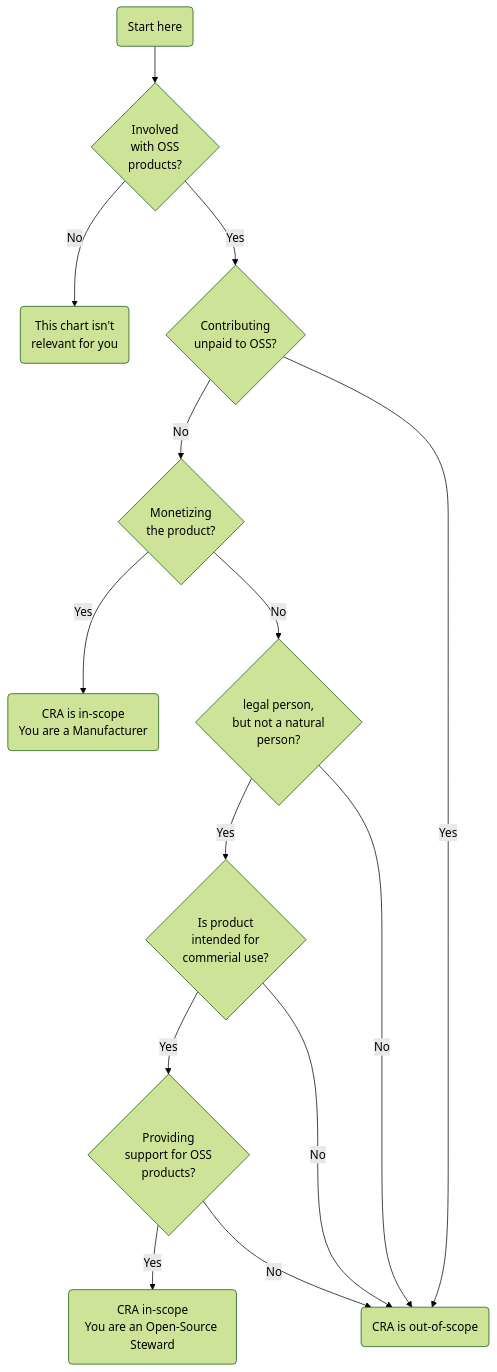
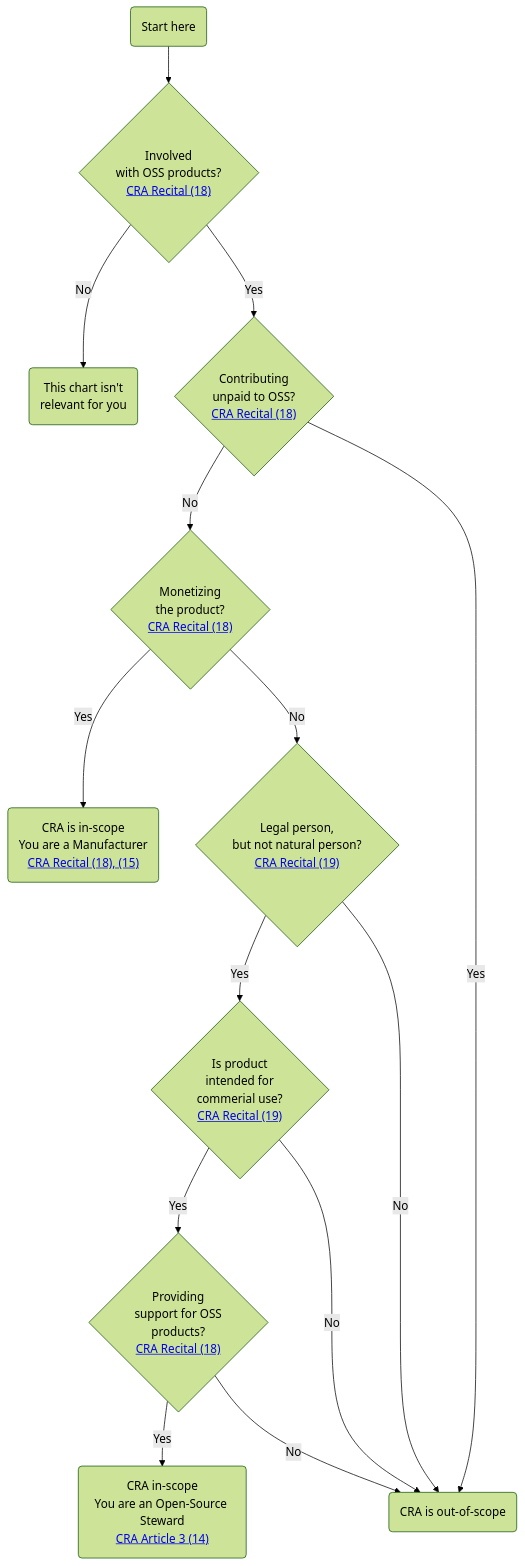
The third of 3 diagrams in docs/supplychain-sbom.md (CPAN-Security/security.metacpan.org), drawn with Mermaid (forest theme) before and after one commit. The commit also changed other lines of this file, not shown here.

Commit message:
Add references to OSS Steward graph

````diff
--- a/docs/supplychain-sbom.md
+++ b/docs/supplychain-sbom.md
@@ -727,23 +727,23 @@
 ```mermaid
 graph TB
-    start-here(Start here) --> involved{Involved<br>with OSS<br>products?}
-    involved  -->|No| not-relevant-for-you(This chart isn't<br>relevant for you)
-    involved -->|Yes| contributing{Contributing<br>unpaid to OSS?}
-    contributing  -->|No| monetised{Monetizing<br>the product?}
+    start-here(Start here) --> involved{"Involved<br>with OSS products?<br><a href="#references">CRA Recital (18)</a>"}
+    involved  -->|No| not-relevant-for-you("This chart isn't<br>relevant for you")
+    involved -->|Yes| contributing{"Contributing<br>unpaid to OSS?<br><a href="#references">CRA Recital (18)</a>"}
+    contributing  -->|No| monetised{"Monetizing<br>the product?<br><a href="#references">CRA Recital (18)</a>"}
     contributing -->|Yes| cra-is-out-of-scope(CRA is out-of-scope)
-    monetised -->|Yes| cra-manufacturer(CRA is in-scope<br>You are a Manufacturer)
-    monetised -->|No| is-legal-entity{legal person,<br> but not a natural<br>person?}
-    is-legal-entity -->|Yes| intended-commercial-use{Is product<br>intended for<br>commerial use?}
+    monetised -->|Yes| cra-manufacturer("CRA is in-scope<br>You are a Manufacturer<br><a href="#references">CRA Recital (18), (15)</a>")
+    monetised -->|No| is-legal-entity{"Legal person,<br> but not natural person?<br><a href="#references">CRA Recital (19)</a>"}
+    is-legal-entity -->|Yes| intended-commercial-use{"Is product<br>intended for<br>commerial use?<br><a href="#references">CRA Recital (19)</a>"}
     is-legal-entity -->|No| cra-is-out-of-scope
     intended-commercial-use -->|No| cra-is-out-of-scope
-    intended-commercial-use -->|Yes| product-supporter{Providing<br>support for OSS<br>products?}
-    product-supporter -->|Yes| cra-oss-steward(CRA in-scope<br>You are an Open-Source Steward)
+    intended-commercial-use -->|Yes| product-supporter{"Providing<br>support for OSS<br>products?<br><a href="#references">CRA Recital (18)</a>"}
+    product-supporter -->|Yes| cra-oss-steward("CRA in-scope<br>You are an Open-Source Steward<br><a href="#references">CRA Article 3 (14)</a>")
     product-supporter -->|No| cra-is-out-of-scope
 
     %% Based on the flowchart made by Maarten Aertsen (NLNetLabs) found at
     %% https://blog.nlnetlabs.nl/what-i-learned-in-brussels-the-cyber-resilience-act/
 
     %% Original flowchart © Maarten Aertsen <maarten@nlnetlabs.nl>
     %% License: CC0 1.0 Universal
     %% Adapted to Mermaid and modified by Salve J. Nilsen <sjn@oslo.pm>
 ```
````
